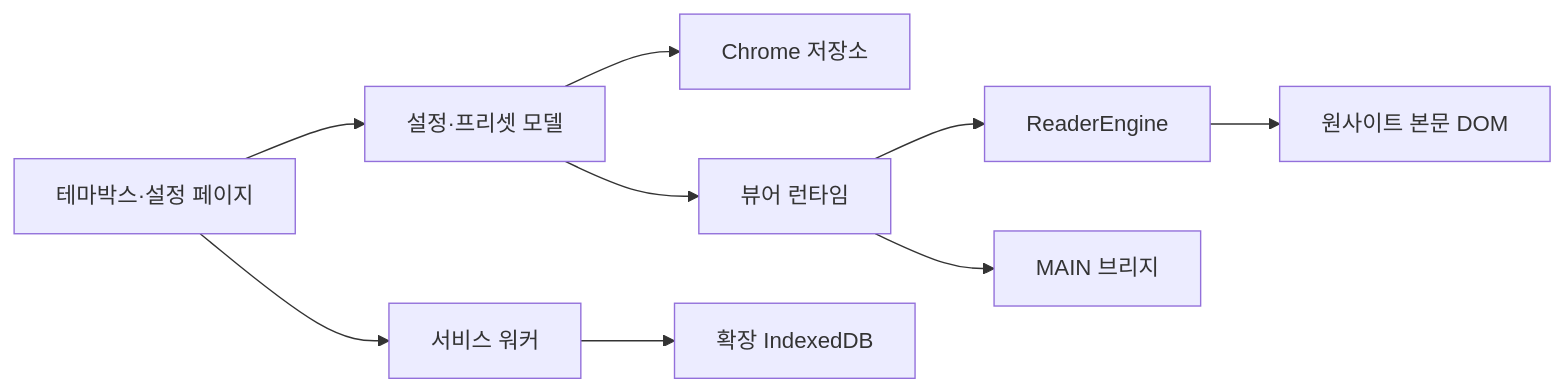
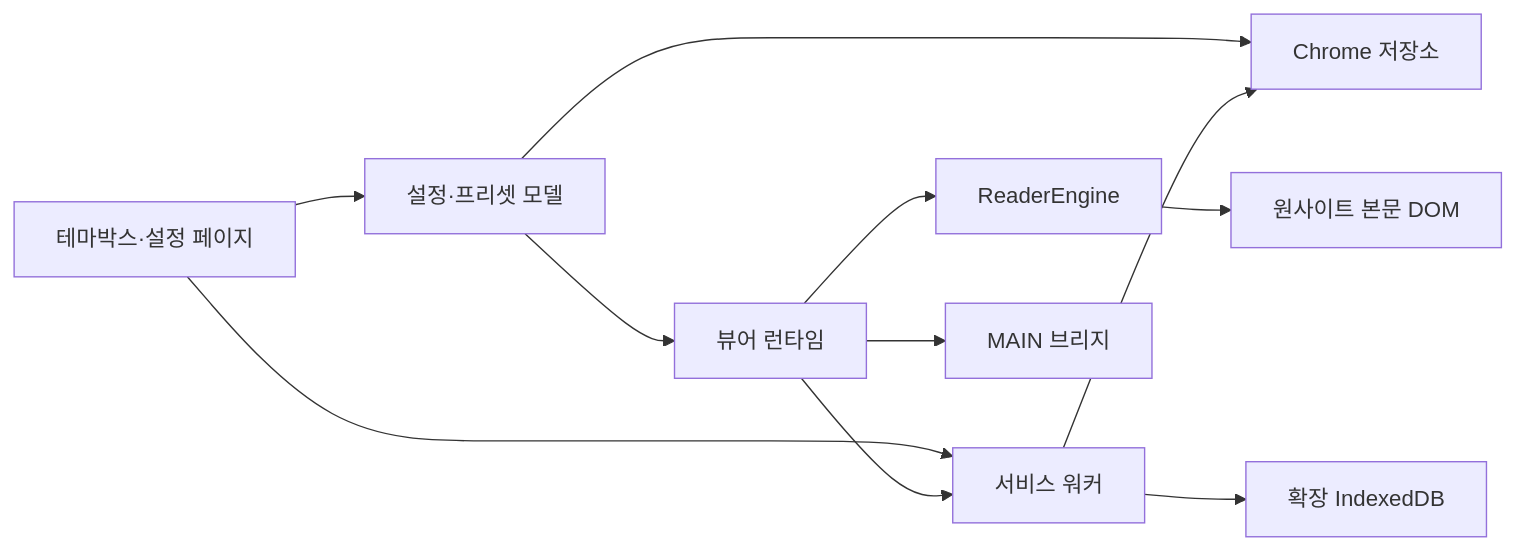
The diagram in docs/ARCHITECTURE.md (jukrap/unofficial-novelpia-patch), drawn with Mermaid before and after one commit. The commit also changed other lines of this file and 36 other files, not shown here.

````diff
--- a/docs/ARCHITECTURE.md
+++ b/docs/ARCHITECTURE.md
@@ -16,11 +16,13 @@
 ```mermaid
 flowchart LR
   UI[테마박스·설정 페이지] --> S[설정·프리셋 모델]
   S --> Store[Chrome 저장소]
   S --> App[뷰어 런타임]
   App --> Engine[ReaderEngine]
   Engine --> DOM[원사이트 본문 DOM]
   UI --> Worker[서비스 워커]
+  App --> Worker
+  Worker --> Store
   Worker --> Files[확장 IndexedDB]
   App --> Bridge[MAIN 브리지]
 ```
````
